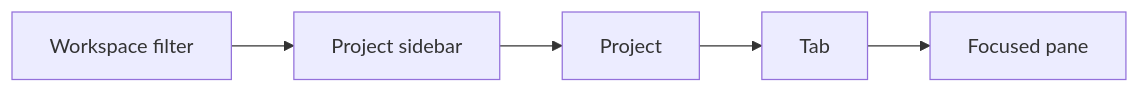
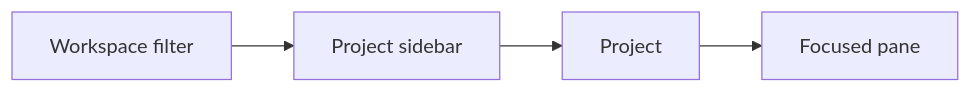
One commit to hugocxl/codesh-legacy changed the first of 2 diagrams in docs/product/app-model.md. Above: the diagram before and after it, drawn with Mermaid. The commit also changed other lines of this file and 2136 other files, not shown here.

````diff
--- a/docs/product/app-model.md
+++ b/docs/product/app-model.md
@@ -45,5 +44,5 @@
 ```mermaid
 flowchart LR
     FILTER["Workspace filter"] --> SIDEBAR["Project sidebar"]
-    SIDEBAR --> PROJECT["Project"] --> TAB["Tab"] --> PANE["Focused pane"]
+    SIDEBAR --> PROJECT["Project"] --> PANE["Focused pane"]
 ```
````
